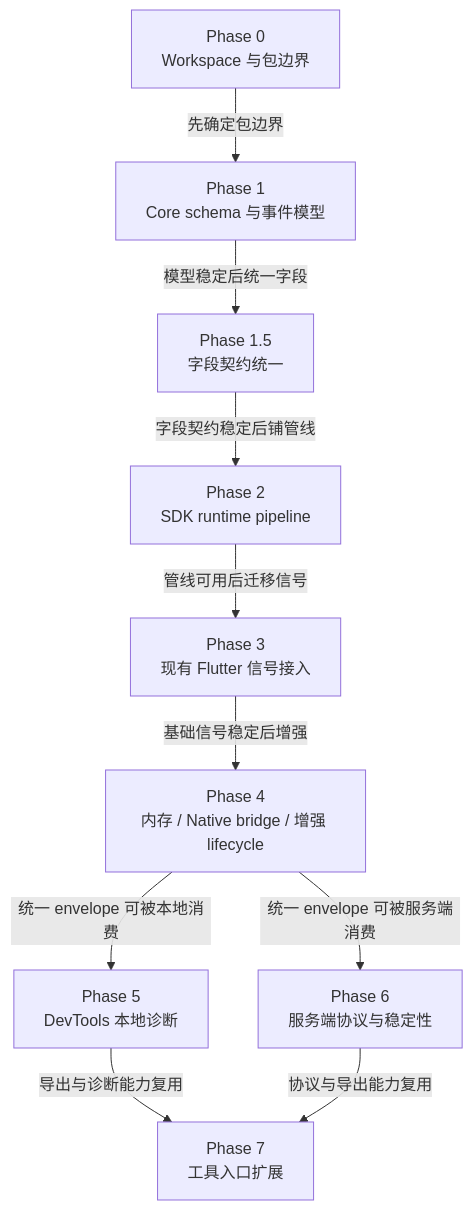
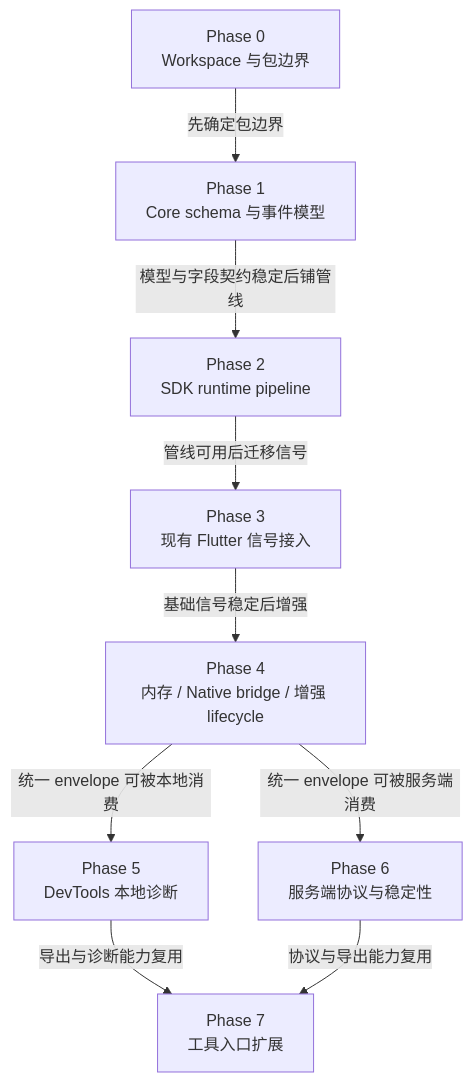
Before and after one commit to xinqingaa/flutter_monitor: the diagram in docs/implementation_plan.md, drawn with Mermaid. The commit also changed other lines of this file and 17 other files, not shown here.

````diff
--- a/docs/implementation_plan.md
+++ b/docs/implementation_plan.md
@@ -11,22 +11,20 @@
 ```mermaid
 flowchart TD
   P0["Phase 0<br/>Workspace 与包边界"]
   P1["Phase 1<br/>Core schema 与事件模型"]
-  P15["Phase 1.5<br/>字段契约统一"]
   P2["Phase 2<br/>SDK runtime pipeline"]
   P3["Phase 3<br/>现有 Flutter 信号接入"]
   P4["Phase 4<br/>内存 / Native bridge / 增强 lifecycle"]
   P5["Phase 5<br/>DevTools 本地诊断"]
   P6["Phase 6<br/>服务端协议与稳定性"]
   P7["Phase 7<br/>工具入口扩展"]
 
   P0 -->|"先确定包边界"| P1
-  P1 -->|"模型稳定后统一字段"| P15
-  P15 -->|"字段契约稳定后铺管线"| P2
+  P1 -->|"模型与字段契约稳定后铺管线"| P2
   P2 -->|"管线可用后迁移信号"| P3
   P3 -->|"基础信号稳定后增强"| P4
   P4 -->|"统一 envelope 可被本地消费"| P5
   P4 -->|"统一 envelope 可被服务端消费"| P6
   P5 -->|"导出与诊断能力复用"| P7
   P6 -->|"协议与导出能力复用"| P7
 ```
````
